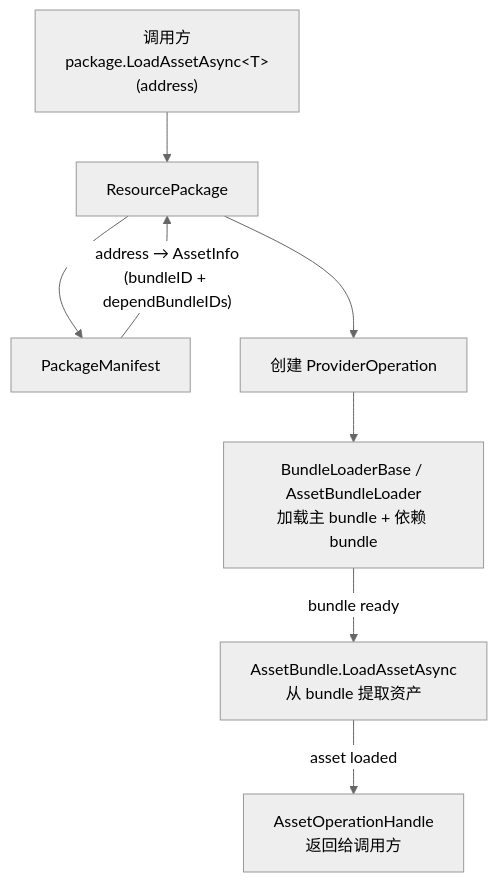
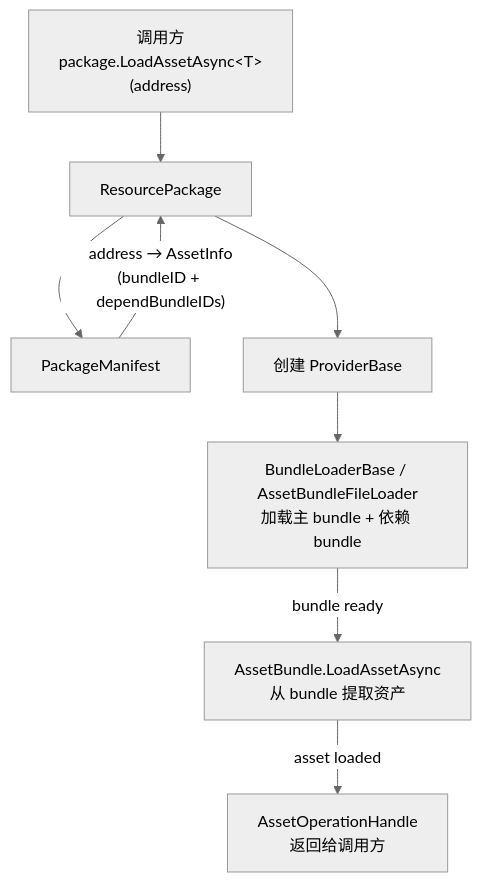
Before and after one commit to TwoEggDu/twoegg-tech-stack: the first of 2 diagrams in content/engine-toolchain/unity-yooasset-runtime-internals-loadassetasync-to-bundle-loaded.md, drawn with Mermaid (neutral theme). The commit also changed other lines of this file and 17 other files, not shown here.

````diff
--- a/content/engine-toolchain/unity-yooasset-runtime-internals-loadassetasync-to-bundle-loaded.md
+++ b/content/engine-toolchain/unity-yooasset-runtime-internals-loadassetasync-to-bundle-loaded.md
@@ -71,10 +72,10 @@
 ```mermaid
 flowchart TD
     A["调用方<br/>package.LoadAssetAsync&lt;T&gt;(address)"] --> B["ResourcePackage"]
     B --> C["PackageManifest"]
     C -->|"address → AssetInfo<br/>(bundleID + dependBundleIDs)"| B
-    B --> D["创建 ProviderOperation"]
-    D --> E["BundleLoaderBase / AssetBundleLoader<br/>加载主 bundle + 依赖 bundle"]
+    B --> D["创建 ProviderBase"]
+    D --> E["BundleLoaderBase / AssetBundleFileLoader<br/>加载主 bundle + 依赖 bundle"]
     E -->|"bundle ready"| F["AssetBundle.LoadAssetAsync<br/>从 bundle 提取资产"]
     F -->|"asset loaded"| G["AssetOperationHandle<br/>返回给调用方"]
 ```
````
